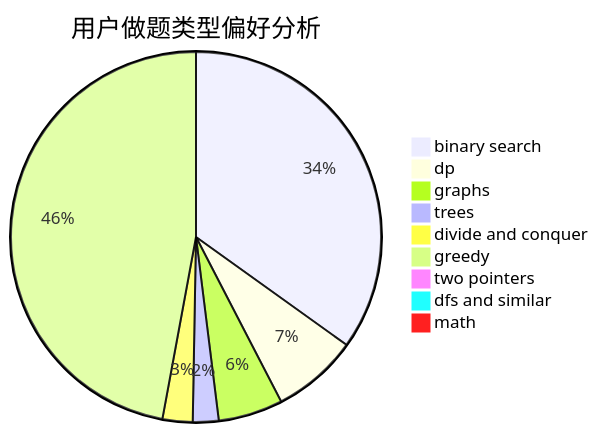
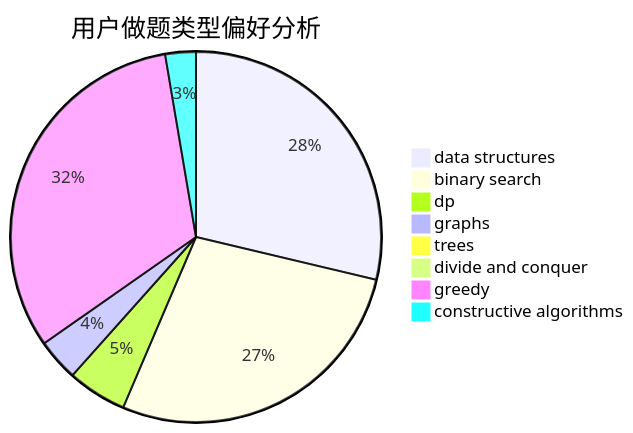
The second of 3 diagrams in docs/user/u2683.md (sherpahu/cfrs.github.io), drawn with Mermaid before and after one commit. The commit also changed other lines of this file and 2775 other files, not shown here.

````diff
--- a/docs/user/u2683.md
+++ b/docs/user/u2683.md
@@ -23,12 +23,11 @@
 ```mermaid
 pie title 用户做题类型偏好分析
-    "binary search" :  186
-    "dp" :  40
-    "graphs" :  30
-    "trees" :  12
-    "divide and conquer" :  14
-    "greedy" :  251
-    "two pointers" :  4
-    "dfs and similar" :  3
-    "math" :  3
+    "data structures" :  172
+    "binary search" :  166
+    "dp" :  31
+    "graphs" :  22
+    "trees" :  3
+    "divide and conquer" :  5
+    "greedy" :  192
+    "constructive algorithms" :  16
 ```
````
